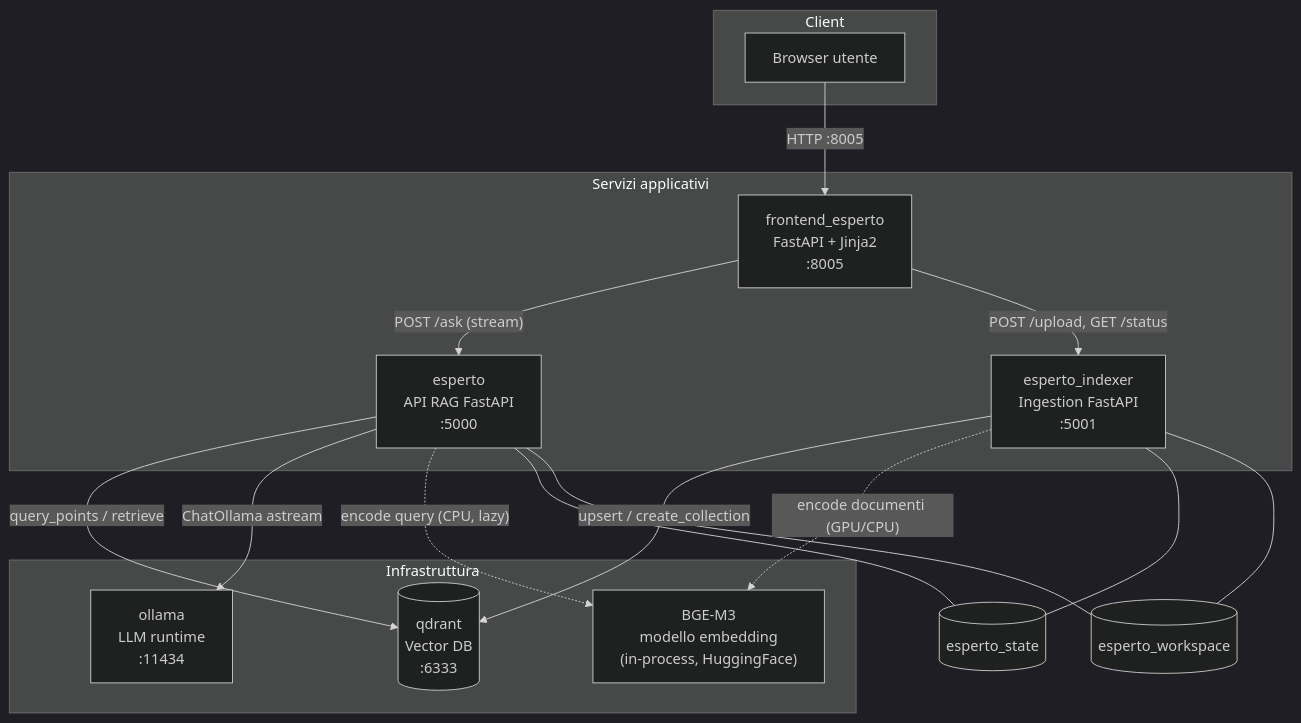
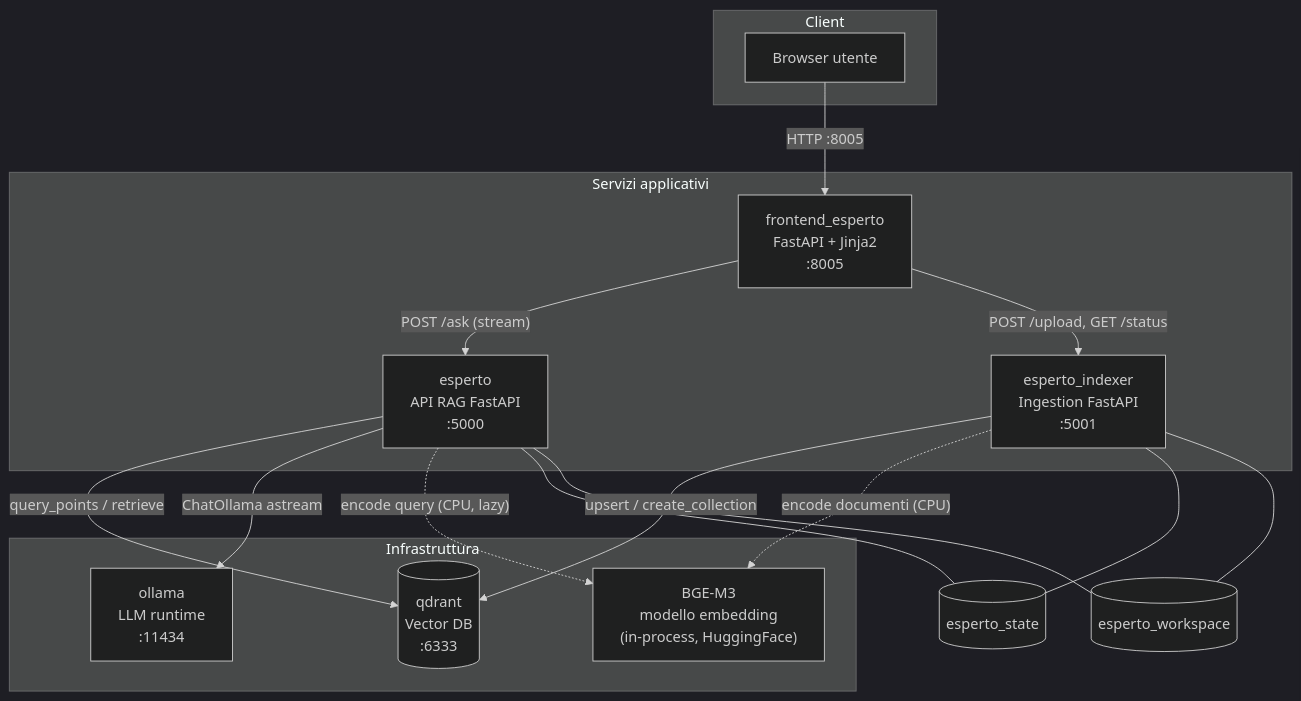
The first of 4 diagrams in ARCHITECTURE.md (sfazzello01/PythonRagExpert), drawn with Mermaid (dark theme) before and after one commit. The commit also changed other lines of this file and 11 other files, not shown here.

````diff
--- a/ARCHITECTURE.md
+++ b/ARCHITECTURE.md
@@ -62,32 +62,32 @@
 ```mermaid
 graph TB
     subgraph Browser["Client"]
         U["Browser utente"]
     end
 
     subgraph App["Servizi applicativi"]
         FE["frontend_esperto<br/>FastAPI + Jinja2<br/>:8005"]
         BE["esperto<br/>API RAG FastAPI<br/>:5000"]
         IN["esperto_indexer<br/>Ingestion FastAPI<br/>:5001"]
     end
 
     subgraph Infra["Infrastruttura"]
         QD[("qdrant<br/>Vector DB<br/>:6333")]
         OL["ollama<br/>LLM runtime<br/>:11434"]
         BGE["BGE-M3<br/>modello embedding<br/>(in-process, HuggingFace)"]
     end
 
     U -->|"HTTP :8005"| FE
     FE -->|"POST /ask (stream)"| BE
     FE -->|"POST /upload, GET /status"| IN
     BE -->|"query_points / retrieve"| QD
     IN -->|"upsert / create_collection"| QD
     BE -->|"ChatOllama astream"| OL
     BE -.->|"encode query (CPU, lazy)"| BGE
-    IN -.->|"encode documenti (GPU/CPU)"| BGE
+    IN -.->|"encode documenti (CPU)"| BGE
 
     BE --- ST[("esperto_state")]
     IN --- ST
     IN --- WS[("esperto_workspace")]
     BE --- WS
 ```
````
